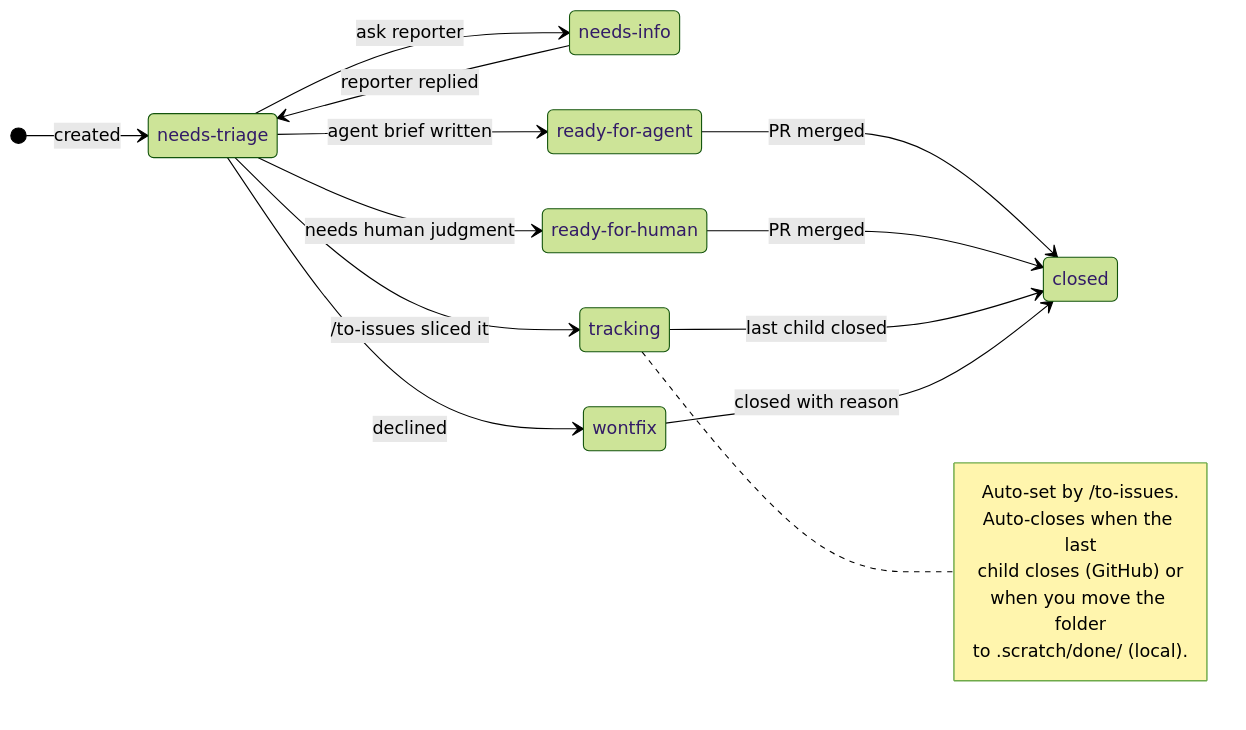
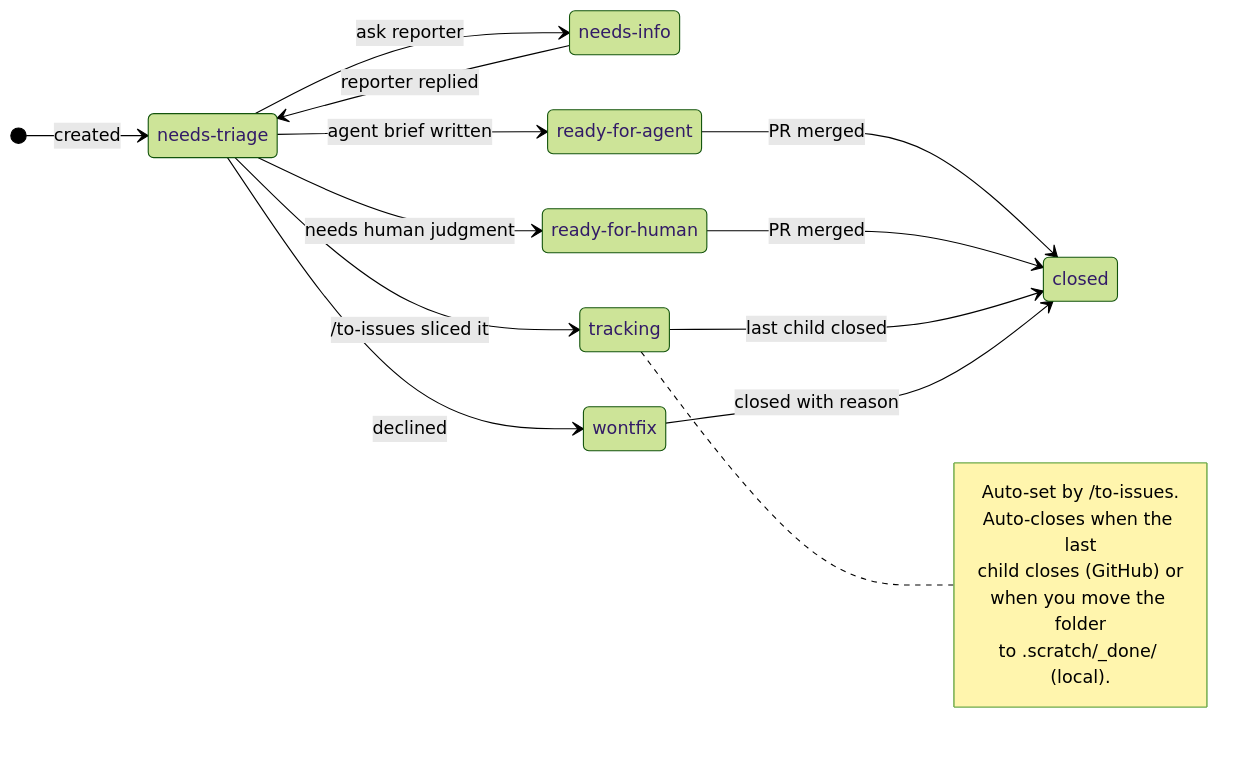
Before and after one commit to ZunoSmartLabs/zsl-superpowers: the ninth of 9 diagrams in docs/workflow.md, drawn with Mermaid (forest theme). The commit also changed other lines of this file and 11 other files, not shown here.

First line of the commit message:
feat(local-tracker): rename archive folders done/ → _done/ so they sort to top (#8)

````diff
--- a/docs/workflow.md
+++ b/docs/workflow.md
@@ -250,31 +250,31 @@
 ```mermaid
 stateDiagram-v2
     direction LR
     [*] --> needs_triage: created
     needs_triage: needs-triage
     needs_info: needs-info
     ready_agent: ready-for-agent
     ready_human: ready-for-human
     tracking: tracking
     wontfix: wontfix
     done: closed
 
     needs_triage --> needs_info: ask reporter
     needs_info --> needs_triage: reporter replied
     needs_triage --> ready_agent: agent brief written
     needs_triage --> ready_human: needs human judgment
     needs_triage --> tracking: /to-issues sliced it
     needs_triage --> wontfix: declined
     ready_agent --> done: PR merged
     ready_human --> done: PR merged
     tracking --> done: last child closed
     wontfix --> done: closed with reason
 
     note right of tracking
         Auto-set by /to-issues.
         Auto-closes when the last
         child closes (GitHub) or
         when you move the folder
-        to .scratch/done/ (local).
+        to .scratch/_done/ (local).
     end note
 ```
````
